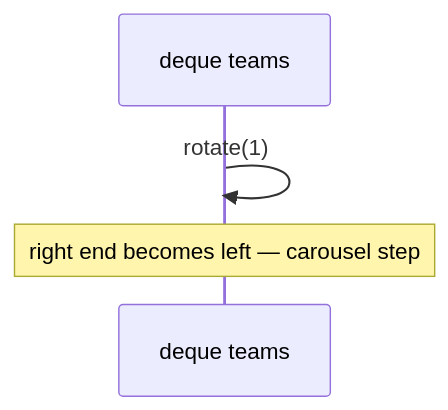
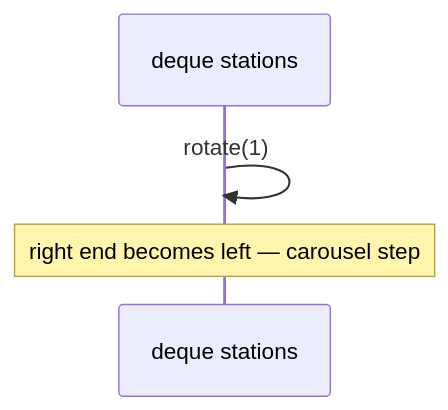
The third of 7 diagrams in docs/dsa/data-structures/dequeue-deque/index.md (qgjones9/python-programming-guide), drawn with Mermaid before and after one commit. The commit also changed other lines of this file and 29 other files, not shown here.

````diff
--- a/docs/dsa/data-structures/dequeue-deque/index.md
+++ b/docs/dsa/data-structures/dequeue-deque/index.md
@@ -232,6 +230,6 @@
 ```mermaid
 sequenceDiagram
-  participant D as deque teams
+  participant D as deque stations
   D->>D: rotate(1)
   Note over D: right end becomes left — carousel step
 ```
````
